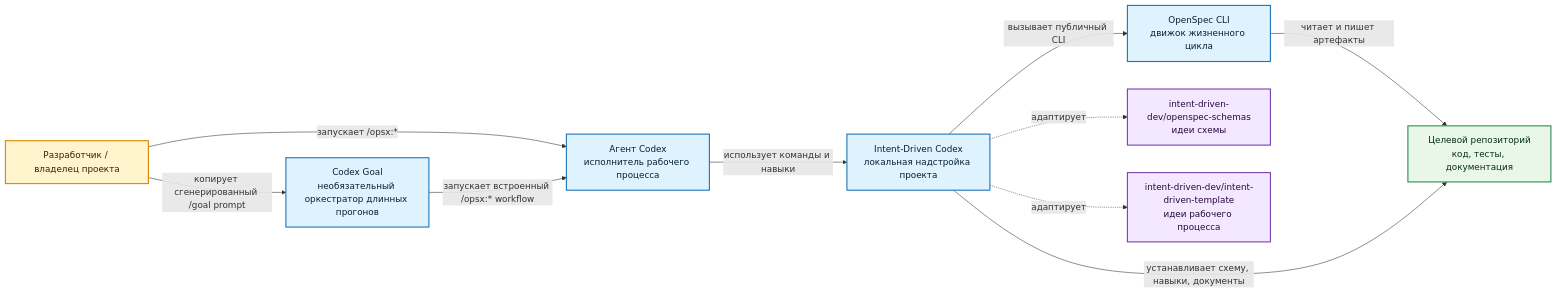
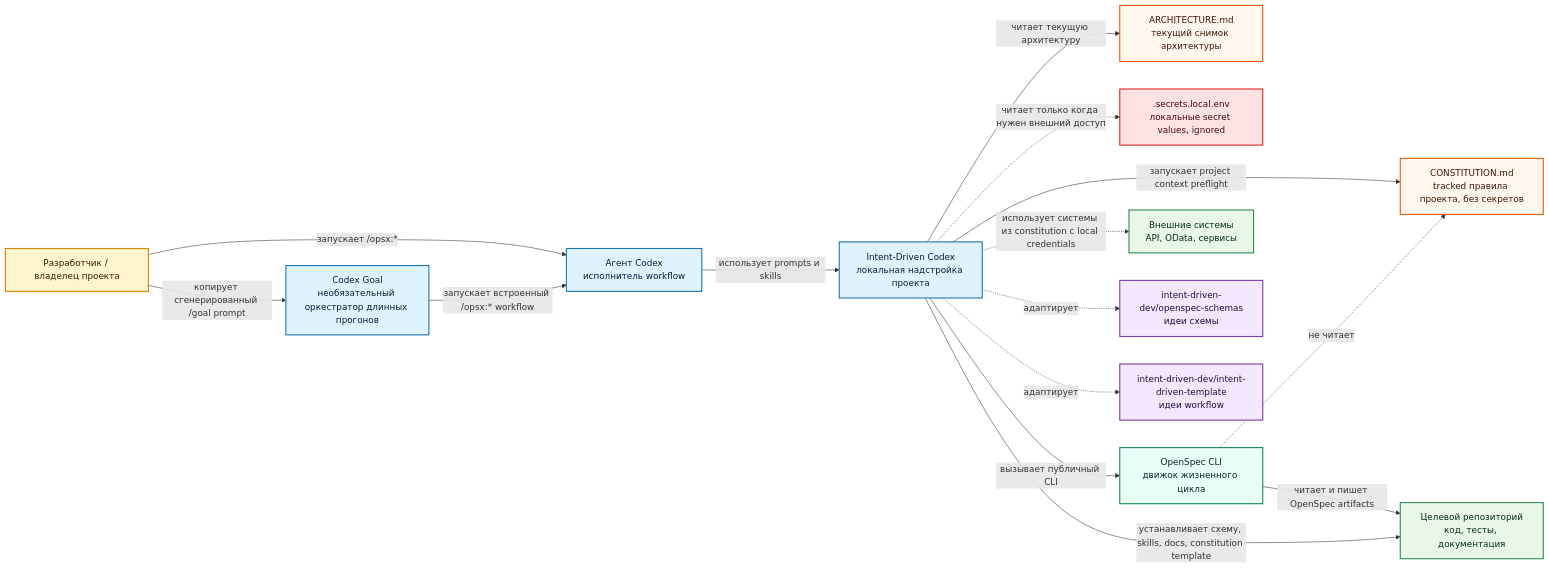
One commit to AlekseiSeleznev/intent-driven-codex changed the first of 2 diagrams in README.ru.md. Above: the diagram before and after it, drawn with Mermaid. The commit also changed other lines of this file and 84 other files, not shown here.

````diff
--- a/README.ru.md
+++ b/README.ru.md
@@ -75,30 +94,56 @@
 ```mermaid
 flowchart LR
   Dev["Разработчик / владелец проекта"]
-  Codex["Агент Codex\nисполнитель рабочего процесса"]
-  CodexGoal["Codex Goal\nнеобязательный оркестратор длинных прогонов"]
-  Overlay["Intent-Driven Codex\nлокальная надстройка проекта"]
-  OpenSpec["OpenSpec CLI\nдвижок жизненного цикла"]
-  TargetRepo["Целевой репозиторий\nкод, тесты, документация"]
-  UpstreamSchemas["intent-driven-dev/openspec-schemas\nидеи схемы"]
-  UpstreamTemplate["intent-driven-dev/intent-driven-template\nидеи рабочего процесса"]
+  Codex["Агент Codex
+исполнитель workflow"]
+  CodexGoal["Codex Goal
+необязательный оркестратор длинных прогонов"]
+  Overlay["Intent-Driven Codex
+локальная надстройка проекта"]
+  Constitution["CONSTITUTION.md
+tracked правила проекта, без секретов"]
+  Architecture["ARCHITECTURE.md
+текущий снимок архитектуры"]
+  LocalSecrets[".secrets.local.env
+локальные secret values, ignored"]
+  OpenSpec["OpenSpec CLI
+движок жизненного цикла"]
+  TargetRepo["Целевой репозиторий
+код, тесты, документация"]
+  ExternalSystems["Внешние системы
+API, OData, сервисы"]
+  UpstreamSchemas["intent-driven-dev/openspec-schemas
+идеи схемы"]
+  UpstreamTemplate["intent-driven-dev/intent-driven-template
+идеи workflow"]
 
   Dev -->|"запускает /opsx:*"| Codex
   Dev -->|"копирует сгенерированный /goal prompt"| CodexGoal
   CodexGoal -->|"запускает встроенный /opsx:* workflow"| Codex
-  Codex -->|"использует команды и навыки"| Overlay
+  Codex -->|"использует prompts и skills"| Overlay
+  Overlay -->|"запускает project context preflight"| Constitution
+  Overlay -->|"читает текущую архитектуру"| Architecture
+  Overlay -. "читает только когда нужен внешний доступ" .-> LocalSecrets
   Overlay -->|"вызывает публичный CLI"| OpenSpec
-  OpenSpec -->|"читает и пишет артефакты"| TargetRepo
-  Overlay -->|"устанавливает схему, навыки, документы"| TargetRepo
+  OpenSpec -->|"читает и пишет OpenSpec artifacts"| TargetRepo
+  Overlay -->|"устанавливает схему, skills, docs, constitution template"| TargetRepo
+  Overlay -. "использует системы из constitution с local credentials" .-> ExternalSystems
+  OpenSpec -. "не читает" .-> Constitution
   Overlay -.->|"адаптирует"| UpstreamSchemas
   Overlay -.->|"адаптирует"| UpstreamTemplate
 
   classDef actor fill:#fff4cc,stroke:#d48a00,color:#332200,stroke-width:2px;
-  classDef system fill:#dff3ff,stroke:#1d75b9,color:#042033,stroke-width:2px;
+  classDef codex fill:#dff3ff,stroke:#1d75b9,color:#042033,stroke-width:2px;
+  classDef rules fill:#fff7ed,stroke:#ea580c,color:#431407,stroke-width:2px;
+  classDef secret fill:#fee2e2,stroke:#dc2626,color:#450a0a,stroke-width:2px;
+  classDef openspec fill:#e8fff5,stroke:#16885a,color:#06291b,stroke-width:2px;
   classDef repo fill:#e8f7e8,stroke:#2e8b57,color:#062d18,stroke-width:2px;
   classDef upstream fill:#f3e8ff,stroke:#7b3fb2,color:#26083d,stroke-width:2px;
   class Dev actor;
-  class Codex,CodexGoal,Overlay,OpenSpec system;
-  class TargetRepo repo;
+  class Codex,CodexGoal,Overlay codex;
+  class Constitution,Architecture rules;
+  class LocalSecrets secret;
+  class OpenSpec openspec;
+  class TargetRepo,ExternalSystems repo;
   class UpstreamSchemas,UpstreamTemplate upstream;
 ```
````
